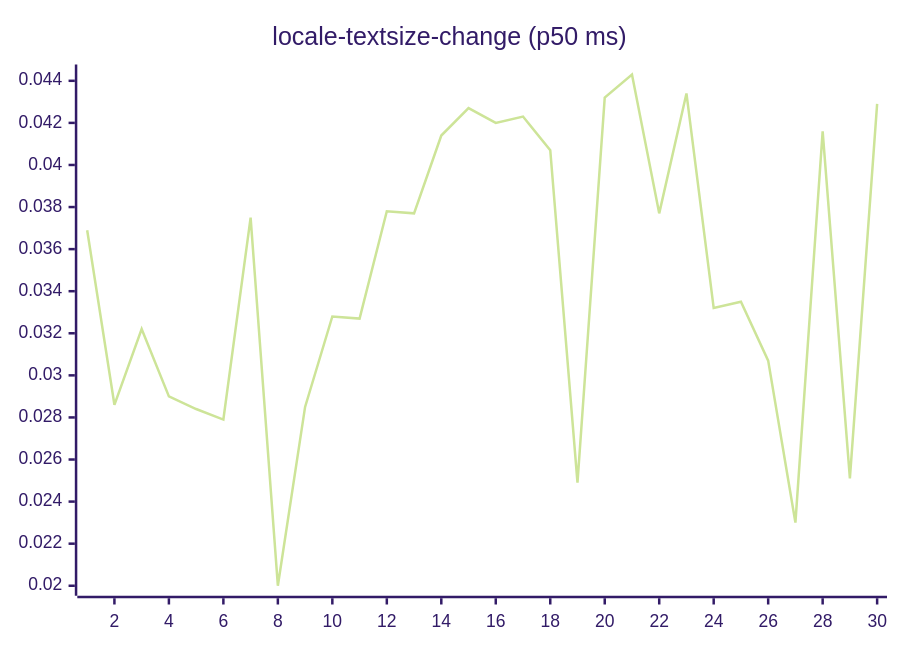
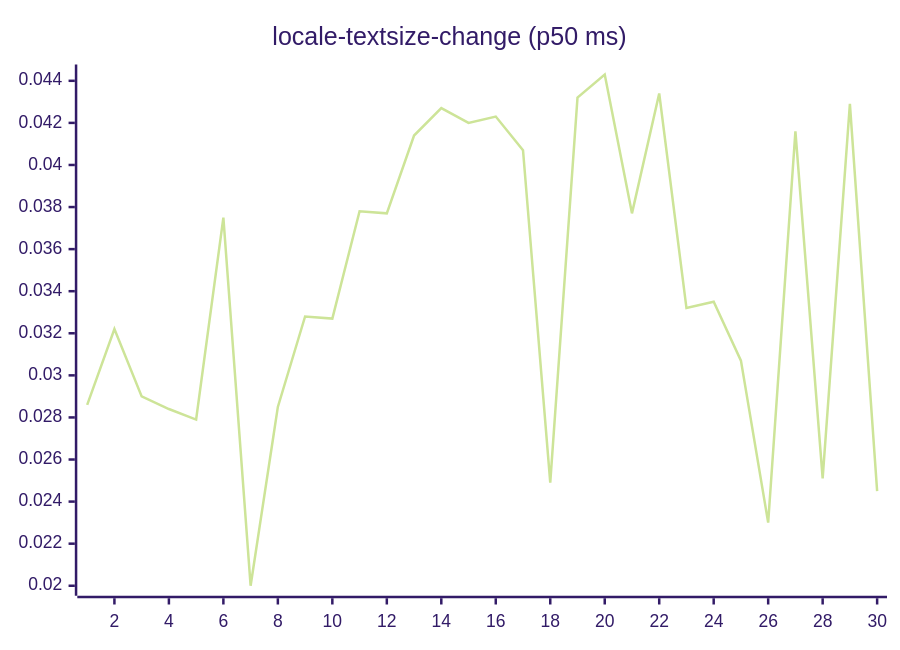
Before and after one commit to josha/Facet: diagram 13 of 27 in README.md, drawn with Mermaid (forest theme). The commit also changed other lines of this file and 2 other files, not shown here.

````diff
--- a/README.md
+++ b/README.md
@@ -147,6 +147,6 @@
 ```mermaid
 xychart-beta
     title "locale-textsize-change (p50 ms)"
     x-axis 1 --> 30
-    line [0.0369, 0.0286, 0.0322, 0.0290, 0.0284, 0.0279, 0.0375, 0.0200, 0.0285, 0.0328, 0.0327, 0.0378, 0.0377, 0.0414, 0.0427, 0.0420, 0.0423, 0.0407, 0.0249, 0.0432, 0.0443, 0.0377, 0.0434, 0.0332, 0.0335, 0.0307, 0.0230, 0.0416, 0.0251, 0.0429]
+    line [0.0286, 0.0322, 0.0290, 0.0284, 0.0279, 0.0375, 0.0200, 0.0285, 0.0328, 0.0327, 0.0378, 0.0377, 0.0414, 0.0427, 0.0420, 0.0423, 0.0407, 0.0249, 0.0432, 0.0443, 0.0377, 0.0434, 0.0332, 0.0335, 0.0307, 0.0230, 0.0416, 0.0251, 0.0429, 0.0245]
 ```
````
